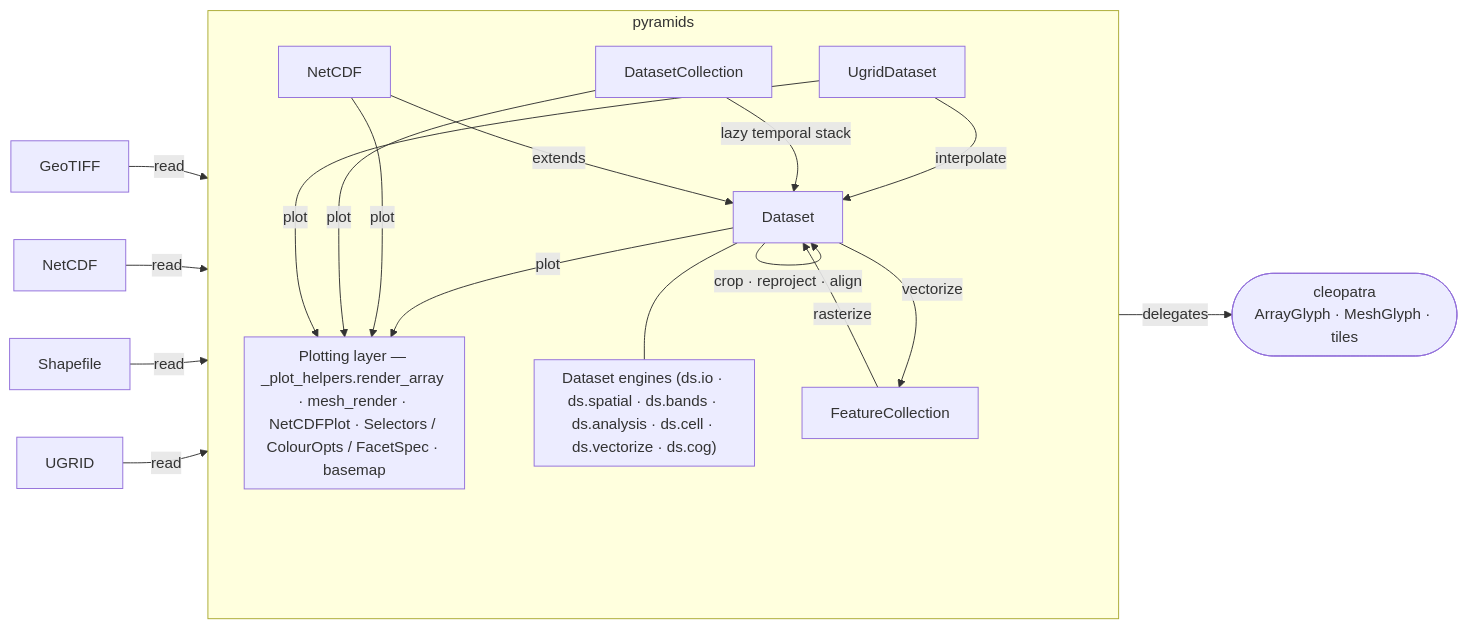
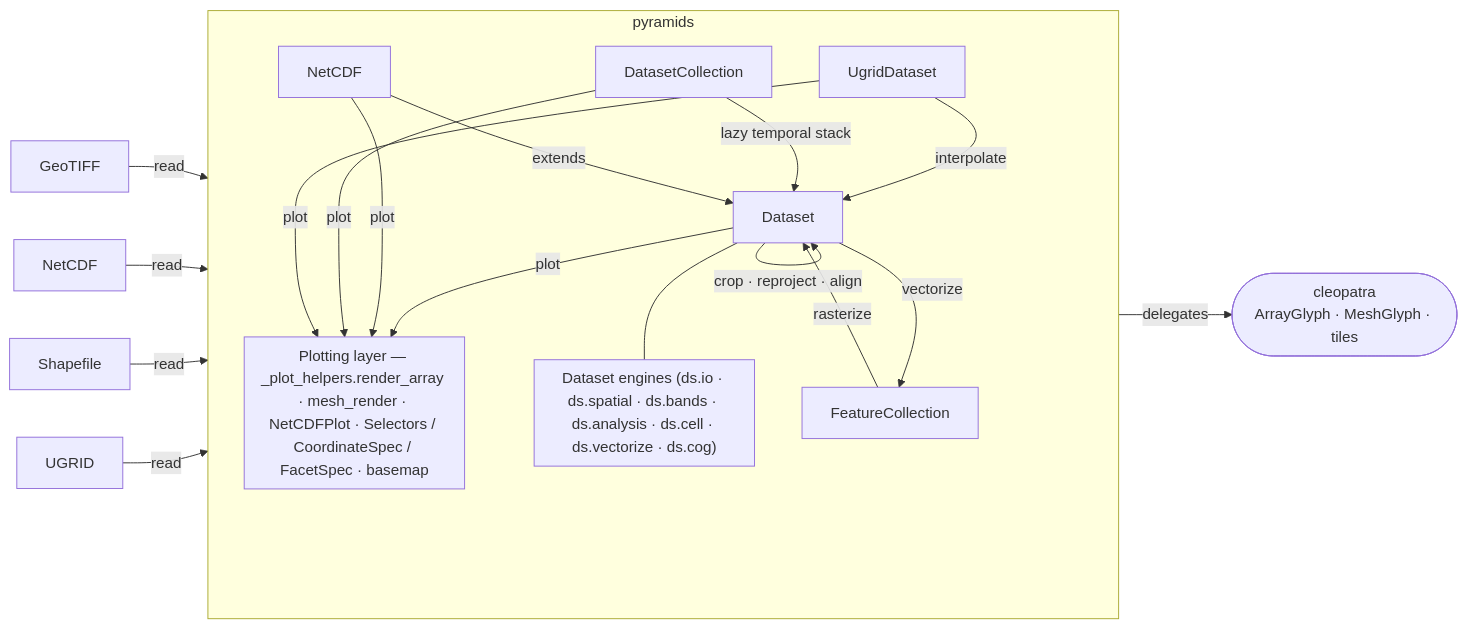
The second of 4 diagrams in docs/overview/architecture.md (serapeum-org/pyramids), drawn with Mermaid before and after one commit. The commit also changed other lines of this file and 19 other files, not shown here.

First line of the commit message:
refactor(netcdf)!: mirror NetCDF.plot signature on Dataset.plot (#995)

````diff
--- a/docs/overview/architecture.md
+++ b/docs/overview/architecture.md
@@ -55,25 +55,25 @@
 ```mermaid
 graph LR
     GeoTIFF & NetCDF & Shapefile & UGRID -->|read| pyramids
     subgraph pyramids
         direction TB
         Dataset
         NetCDF_class[NetCDF]
         UgridDataset
         DatasetCollection
         FeatureCollection
         subgraph Engines["Dataset engines (ds.io · ds.spatial · ds.bands · ds.analysis · ds.cell · ds.vectorize · ds.cog)"]
         end
-        subgraph Plotting["Plotting layer — _plot_helpers.render_array · mesh_render · NetCDFPlot · Selectors / ColourOpts / FacetSpec · basemap"]
+        subgraph Plotting["Plotting layer — _plot_helpers.render_array · mesh_render · NetCDFPlot · Selectors / CoordinateSpec / FacetSpec · basemap"]
         end
     end
     Dataset -->|crop · reproject · align| Dataset
     Dataset --- Engines
     FeatureCollection -->|rasterize| Dataset
     UgridDataset -->|interpolate| Dataset
     Dataset -->|vectorize| FeatureCollection
     DatasetCollection -->|lazy temporal stack| Dataset
     NetCDF_class -->|extends| Dataset
     Dataset & NetCDF_class & DatasetCollection & UgridDataset -->|plot| Plotting
     Plotting -->|delegates| cleopatra(["cleopatra<br/>ArrayGlyph · MeshGlyph · tiles"])
 ```
````
